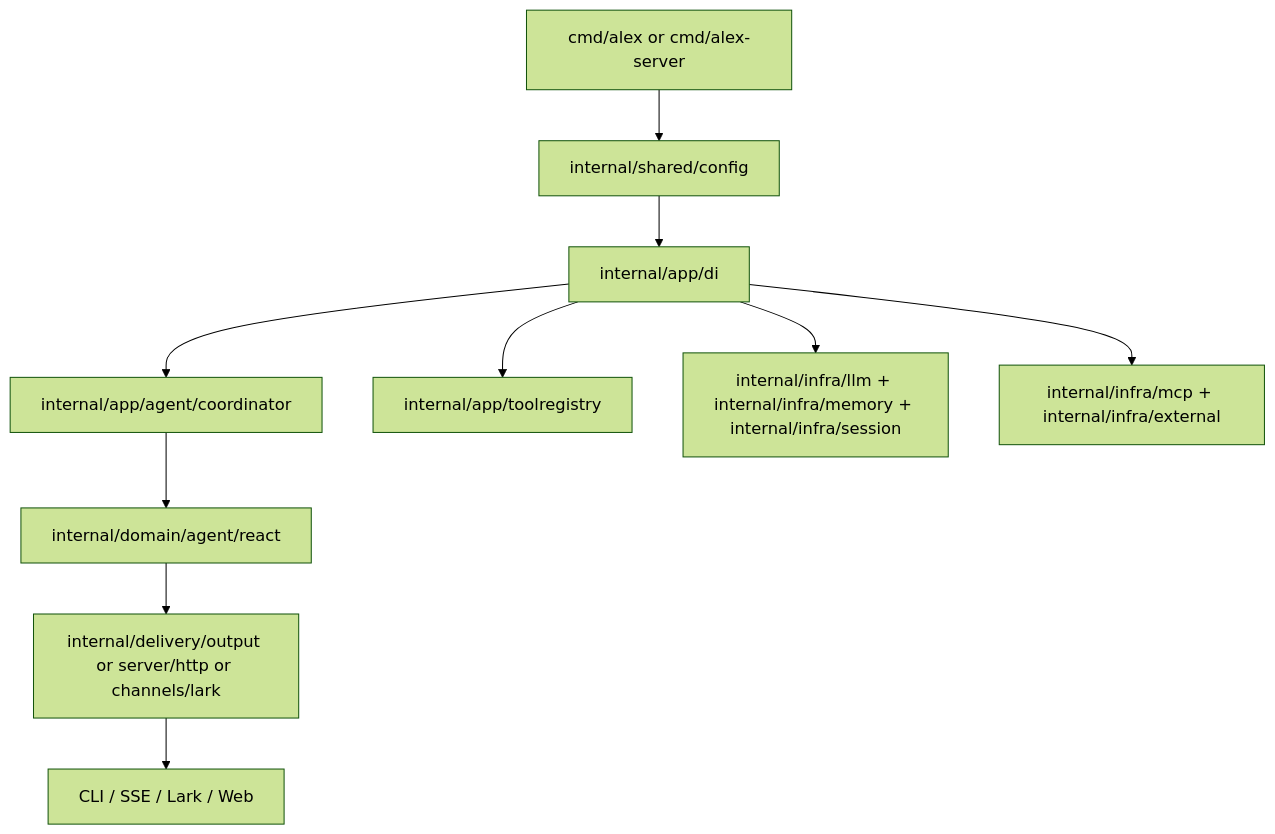
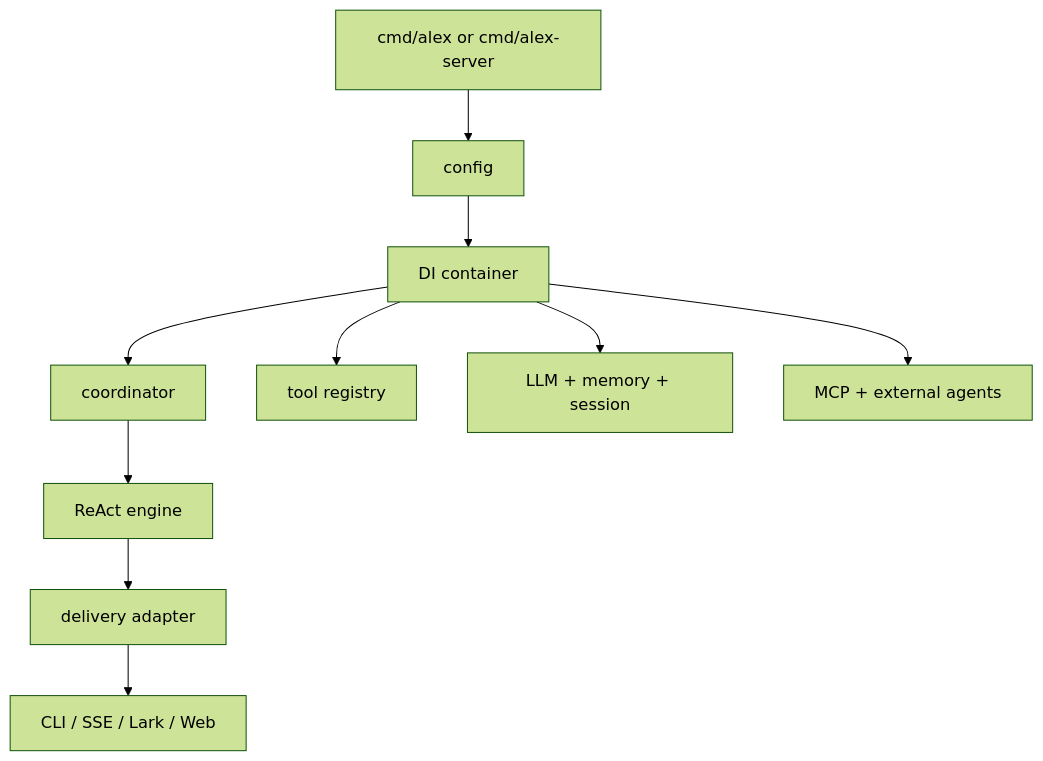
One commit to cklxx/elephant.ai changed the diagram in docs/reference/ARCHITECTURE.md. Above: the diagram before and after it, drawn with Mermaid (forest theme). The commit also changed other lines of this file and 2 other files, not shown here.

First line of the commit message:
docs: simplify README, CONFIG, and ARCHITECTURE for clarity

````diff
--- a/docs/reference/ARCHITECTURE.md
+++ b/docs/reference/ARCHITECTURE.md
@@ -42,12 +55,12 @@
 ```mermaid
 flowchart TD
-    A[cmd/alex or cmd/alex-server] --> B[internal/shared/config]
-    B --> C[internal/app/di]
-    C --> D[internal/app/agent/coordinator]
-    C --> E[internal/app/toolregistry]
-    C --> F[internal/infra/llm + internal/infra/memory + internal/infra/session]
-    C --> G[internal/infra/mcp + internal/infra/external]
-    D --> H[internal/domain/agent/react]
-    H --> I[internal/delivery/output or server/http or channels/lark]
+    A[cmd/alex or cmd/alex-server] --> B[config]
+    B --> C[DI container]
+    C --> D[coordinator]
+    C --> E[tool registry]
+    C --> F[LLM + memory + session]
+    C --> G[MCP + external agents]
+    D --> H[ReAct engine]
+    H --> I[delivery adapter]
     I --> J[CLI / SSE / Lark / Web]
 ```
````
